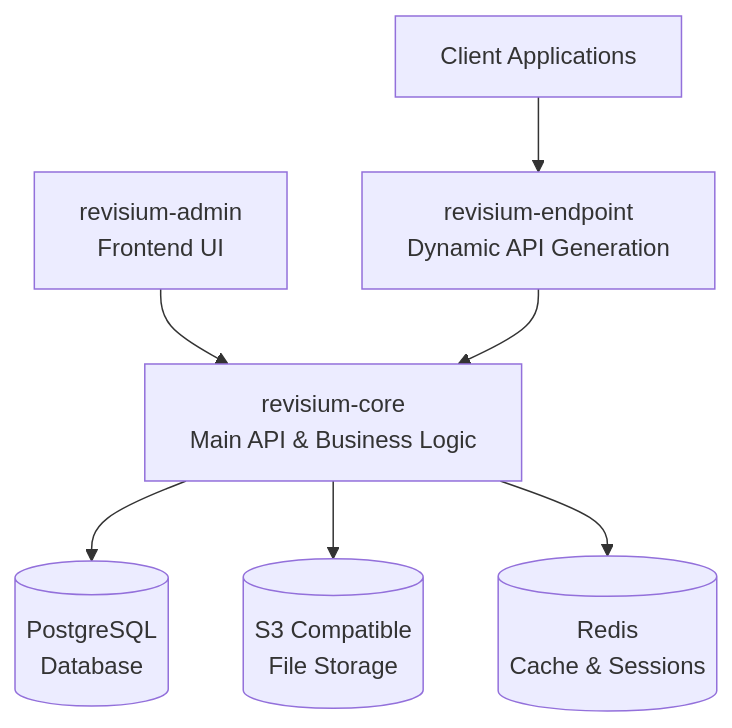
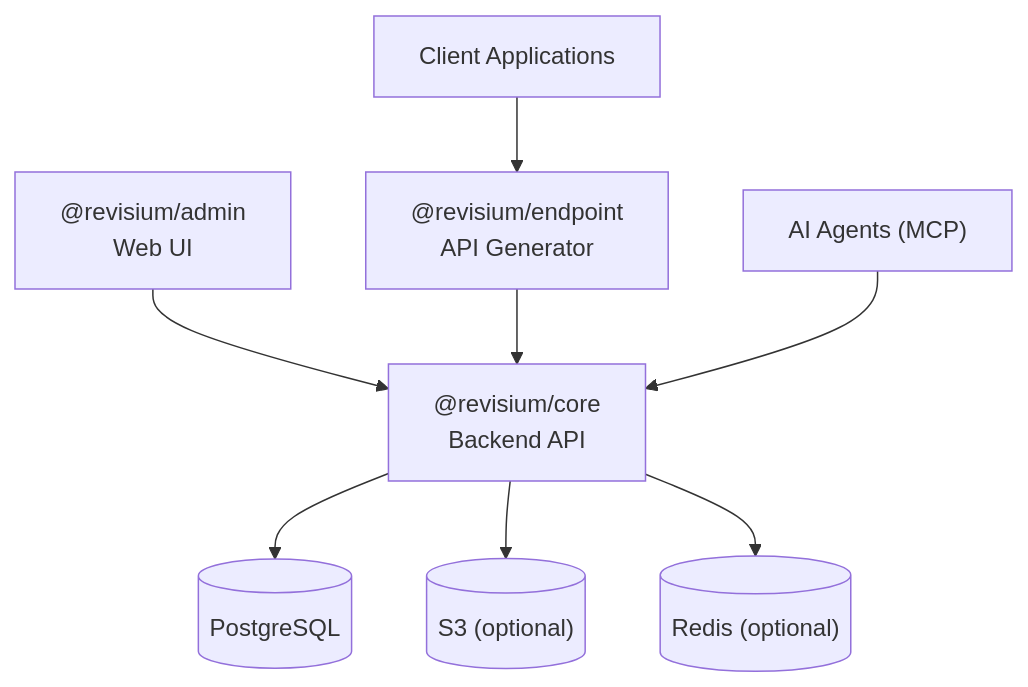
Before and after one commit to revisium/docs: the diagram in docs/architecture/index.md, drawn with Mermaid. The commit also changed other lines of this file and 107 other files, not shown here.

````diff
--- a/docs/architecture/index.md
+++ b/docs/architecture/index.md
@@ -7,9 +11,10 @@
 ```mermaid
 graph TB
-    Admin[revisium-admin<br/>Frontend UI] --> Core[revisium-core<br/>Main API & Business Logic]
-    Endpoint[revisium-endpoint<br/>Dynamic API Generation] --> Core
-    Client[Client Applications] --> Endpoint
-    Core --> DB[(PostgreSQL<br/>Database)]
-    Core --> S3[(S3 Compatible<br/>File Storage)]
-    Core --> Redis[(Redis<br/>Cache & Sessions)]
+    Admin["@revisium/admin<br/>Web UI"] --> Core["@revisium/core<br/>Backend API"]
+    Endpoint["@revisium/endpoint<br/>API Generator"] --> Core
+    Client["Client Applications"] --> Endpoint
+    MCP["AI Agents (MCP)"] --> Core
+    Core --> DB[("PostgreSQL")]
+    Core --> S3[("S3 (optional)")]
+    Core --> Redis[("Redis (optional)")]
 ```
````
